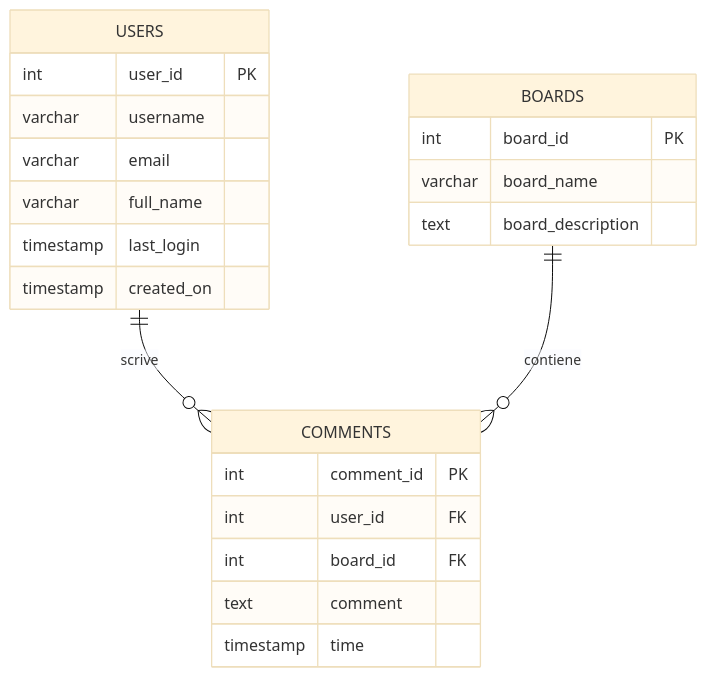
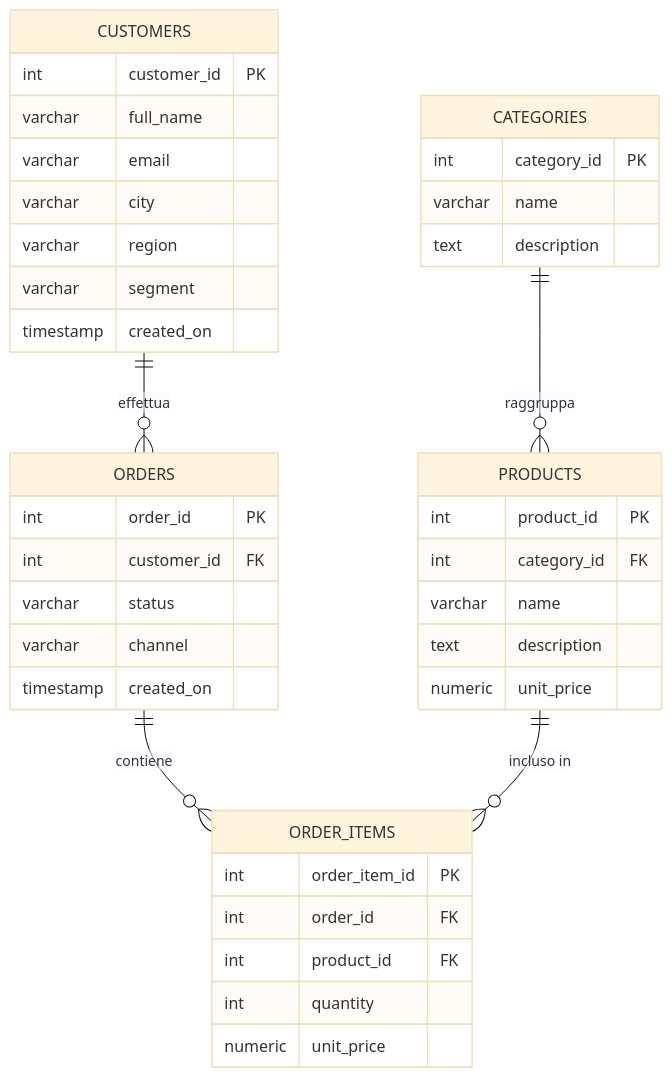
One commit to davidedantonio/corsi changed the diagram in docs/intro-to-database/sql-database/er-schema.md. Above: the diagram before and after it, drawn with Mermaid (base theme). The commit also changed other lines of this file and 34 other files, not shown here.

````diff
--- a/docs/intro-to-database/sql-database/er-schema.md
+++ b/docs/intro-to-database/sql-database/er-schema.md
@@ -33,26 +35,43 @@
 ```mermaid
 erDiagram
-    USERS {
-        int user_id PK
-        varchar username
+    CUSTOMERS {
+        int customer_id PK
+        varchar full_name
         varchar email
-        varchar full_name
-        timestamp last_login
+        varchar city
+        varchar region
+        varchar segment
         timestamp created_on
     }
-    BOARDS {
-        int board_id PK
-        varchar board_name
-        text board_description
+    CATEGORIES {
+        int category_id PK
+        varchar name
+        text description
     }
-    COMMENTS {
-        int comment_id PK
-        int user_id FK
-        int board_id FK
-        text comment
-        timestamp time
+    PRODUCTS {
+        int product_id PK
+        int category_id FK
+        varchar name
+        text description
+        numeric unit_price
+    }
+    ORDERS {
+        int order_id PK
+        int customer_id FK
+        varchar status
+        varchar channel
+        timestamp created_on
+    }
+    ORDER_ITEMS {
+        int order_item_id PK
+        int order_id FK
+        int product_id FK
+        int quantity
+        numeric unit_price
     }
 
-    USERS ||--o{ COMMENTS : "scrive"
-    BOARDS ||--o{ COMMENTS : "contiene"
+    CUSTOMERS ||--o{ ORDERS : "effettua"
+    ORDERS ||--o{ ORDER_ITEMS : "contiene"
+    PRODUCTS ||--o{ ORDER_ITEMS : "incluso in"
+    CATEGORIES ||--o{ PRODUCTS : "raggruppa"
 ```
````
